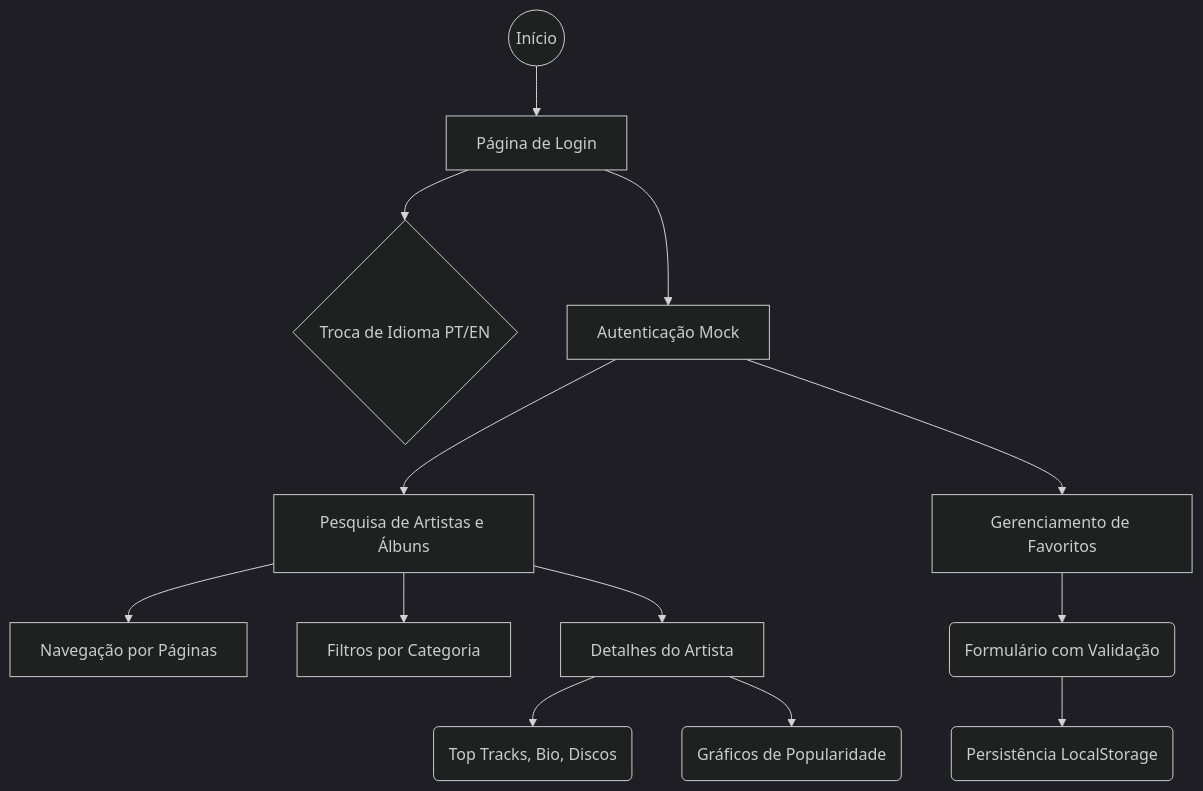
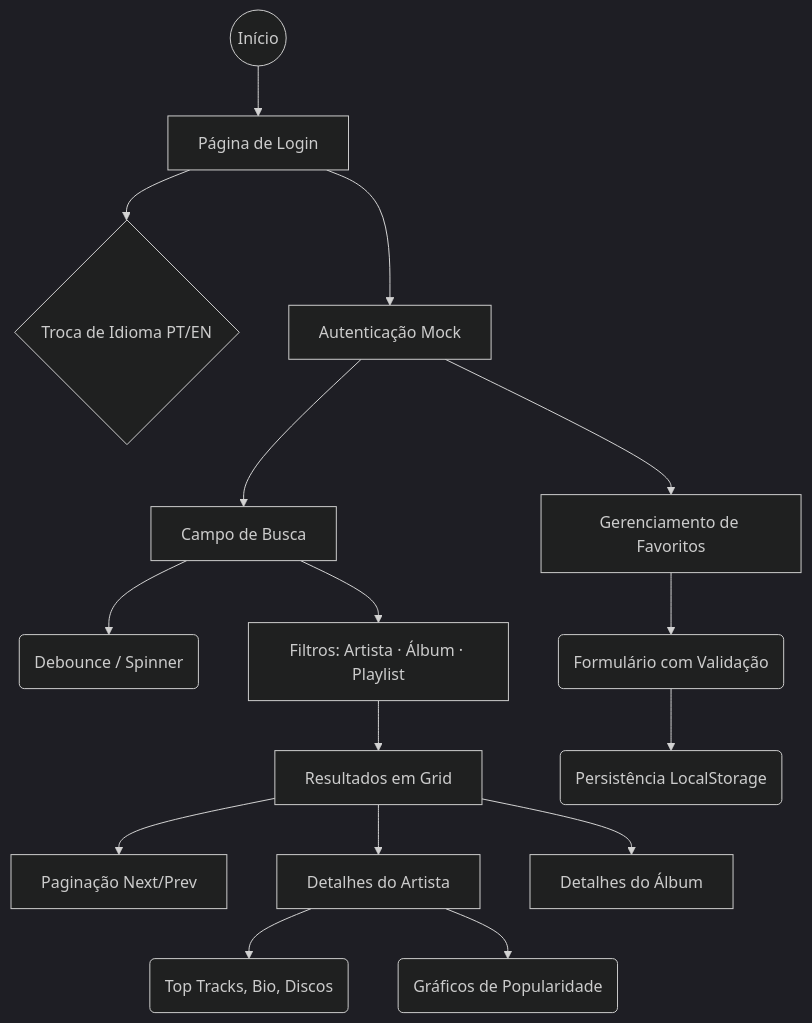
Before and after one commit to jeancarlos/spotify-player: the diagram in README.md, drawn with Mermaid (dark theme). The commit also changed other lines of this file and 5 other files, not shown here.

Commit message:
feat: implement E2E search tests, refactor axios interceptors for rate limiting and auth, and update documentation.

````diff
--- a/README.md
+++ b/README.md
@@ -67,15 +67,18 @@
 ```mermaid
 graph TD
     Start((Início)) --> Login[Página de Login]
     Login --> i18n{Troca de Idioma PT/EN}
     Login --> Auth[Autenticação Mock]
-    Auth --> Search[Pesquisa de Artistas e Álbuns]
-    Search --> Pagination[Navegação por Páginas]
-    Search --> Tabs[Filtros por Categoria]
-    Search --> Detail[Detalhes do Artista]
-    Detail --> Content(Top Tracks, Bio, Discos)
-    Detail --> Chart(Gráficos de Popularidade)
+    Auth --> SearchBar[Campo de Busca]
+    SearchBar --> Spinner(Debounce / Spinner)
+    SearchBar --> Tabs[Filtros: Artista · Álbum · Playlist]
+    Tabs --> Results[Resultados em Grid]
+    Results --> Pagination[Paginação Next/Prev]
+    Results --> ArtistDetail[Detalhes do Artista]
+    Results --> AlbumDetail[Detalhes do Álbum]
+    ArtistDetail --> Content(Top Tracks, Bio, Discos)
+    ArtistDetail --> Chart(Gráficos de Popularidade)
     Auth --> Favs[Gerenciamento de Favoritos]
     Favs --> Form(Formulário com Validação)
     Form --> Storage(Persistência LocalStorage)
 ```
````
